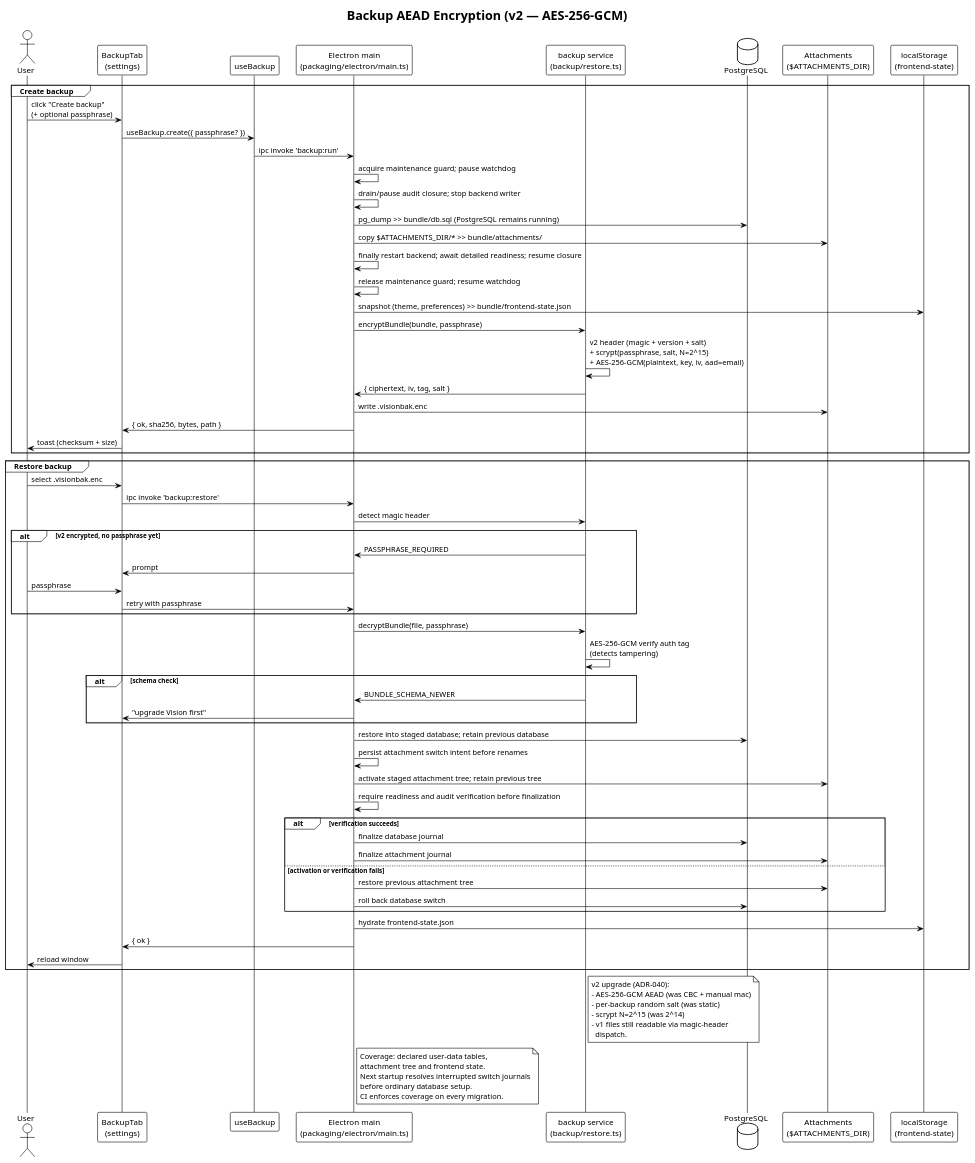
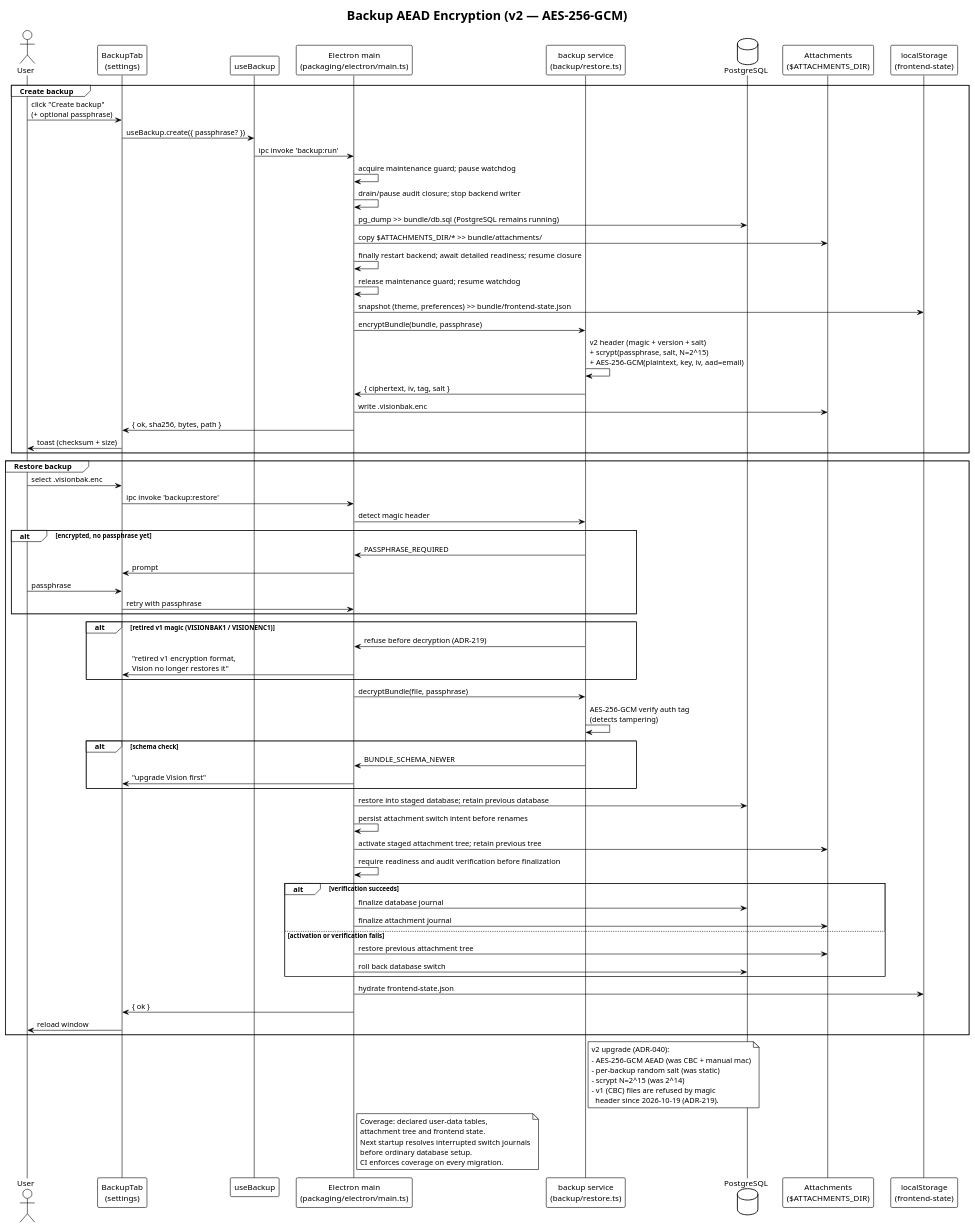
One commit to EraPartner/Vision changed the diagram in docs/diagrams/backup-aead-encryption.puml. Above: the diagram before and after it, drawn with PlantUML. The commit also changed 58 other files, not shown here.

```diff
--- a/docs/diagrams/backup-aead-encryption.puml
+++ b/docs/diagrams/backup-aead-encryption.puml
@@ -1,86 +1,90 @@
 @startuml Backup AEAD Encryption (v2)
 title Backup AEAD Encryption (v2 — AES-256-GCM)
 
 !theme plain
 skinparam participantSpacing 10
 skinparam ranksep 50
 
 actor "User" as User
 
 participant "BackupTab\n(settings)" as UI
 participant "useBackup" as Hook
 participant "Electron main\n(packaging/electron/main.ts)" as Main
 participant "backup service\n(backup/restore.ts)" as Backup
 database  "PostgreSQL" as DB
 participant "Attachments\n($ATTACHMENTS_DIR)" as Files
 participant "localStorage\n(frontend-state)" as LS
 
 group Create backup
   User -> UI : click "Create backup"\n(+ optional passphrase)
   UI -> Hook : useBackup.create({ passphrase? })
   Hook -> Main : ipc invoke 'backup:run'
   Main -> Main : acquire maintenance guard; pause watchdog
   Main -> Main : drain/pause audit closure; stop backend writer
   Main -> DB   : pg_dump >> bundle/db.sql (PostgreSQL remains running)
   Main -> Files: copy $ATTACHMENTS_DIR/* >> bundle/attachments/
   Main -> Main : finally restart backend; await detailed readiness; resume closure
   Main -> Main : release maintenance guard; resume watchdog
   Main -> LS   : snapshot (theme, preferences) >> bundle/frontend-state.json
   Main -> Backup: encryptBundle(bundle, passphrase)
   Backup -> Backup : v2 header (magic + version + salt)\n+ scrypt(passphrase, salt, N=2^15)\n+ AES-256-GCM(plaintext, key, iv, aad=email)
   Backup -> Main : { ciphertext, iv, tag, salt }
   Main -> Files : write .visionbak.enc
   Main -> UI    : { ok, sha256, bytes, path }
   UI -> User    : toast (checksum + size)
 end
 
 group Restore backup
   User -> UI    : select .visionbak.enc
   UI -> Main    : ipc invoke 'backup:restore'
   Main -> Backup: detect magic header
-  alt v2 encrypted, no passphrase yet
+  alt encrypted, no passphrase yet
     Backup -> Main : PASSPHRASE_REQUIRED
     Main -> UI     : prompt
     User -> UI     : passphrase
     UI -> Main     : retry with passphrase
+  end
+  alt retired v1 magic (VISIONBAK1 / VISIONENC1)
+    Backup -> Main : refuse before decryption (ADR-219)
+    Main -> UI     : "retired v1 encryption format,\nVision no longer restores it"
   end
   Main -> Backup : decryptBundle(file, passphrase)
   Backup -> Backup : AES-256-GCM verify auth tag\n(detects tampering)
   alt schema check
     Backup -> Main : BUNDLE_SCHEMA_NEWER
     Main -> UI     : "upgrade Vision first"
   end
   Main -> DB    : restore into staged database; retain previous database
   Main -> Main  : persist attachment switch intent before renames
   Main -> Files : activate staged attachment tree; retain previous tree
   Main -> Main  : require readiness and audit verification before finalization
   alt verification succeeds
     Main -> DB : finalize database journal
     Main -> Files : finalize attachment journal
   else activation or verification fails
     Main -> Files : restore previous attachment tree
     Main -> DB : roll back database switch
   end
   Main -> LS    : hydrate frontend-state.json
   Main -> UI    : { ok }
   UI -> User    : reload window
 end
 
 note right of Backup
   v2 upgrade (ADR-040):
   - AES-256-GCM AEAD (was CBC + manual mac)
   - per-backup random salt (was static)
   - scrypt N=2^15 (was 2^14)
-  - v1 files still readable via magic-header
-    dispatch.
+  - v1 (CBC) files are refused by magic
+    header since 2026-10-19 (ADR-219).
 end note
 
 note right of Main
   Coverage: declared user-data tables,
   attachment tree and frontend state.
   Next startup resolves interrupted switch journals
   before ordinary database setup.
   CI enforces coverage on every migration.
 end note
 
 @enduml
```
